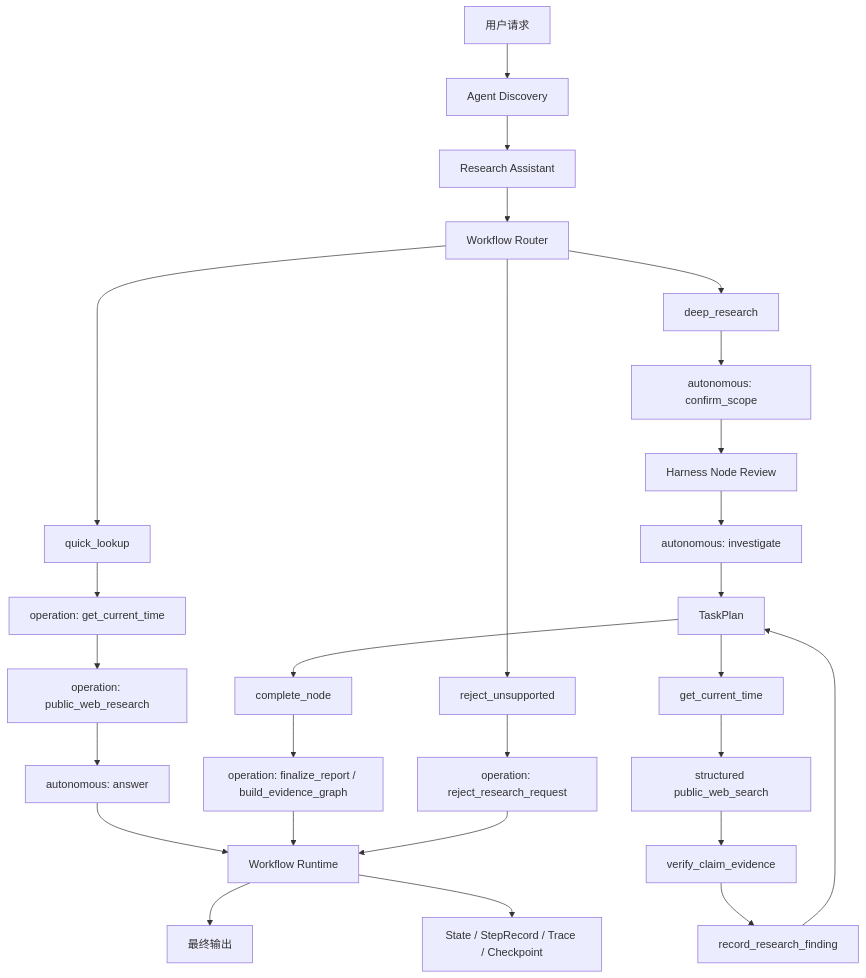
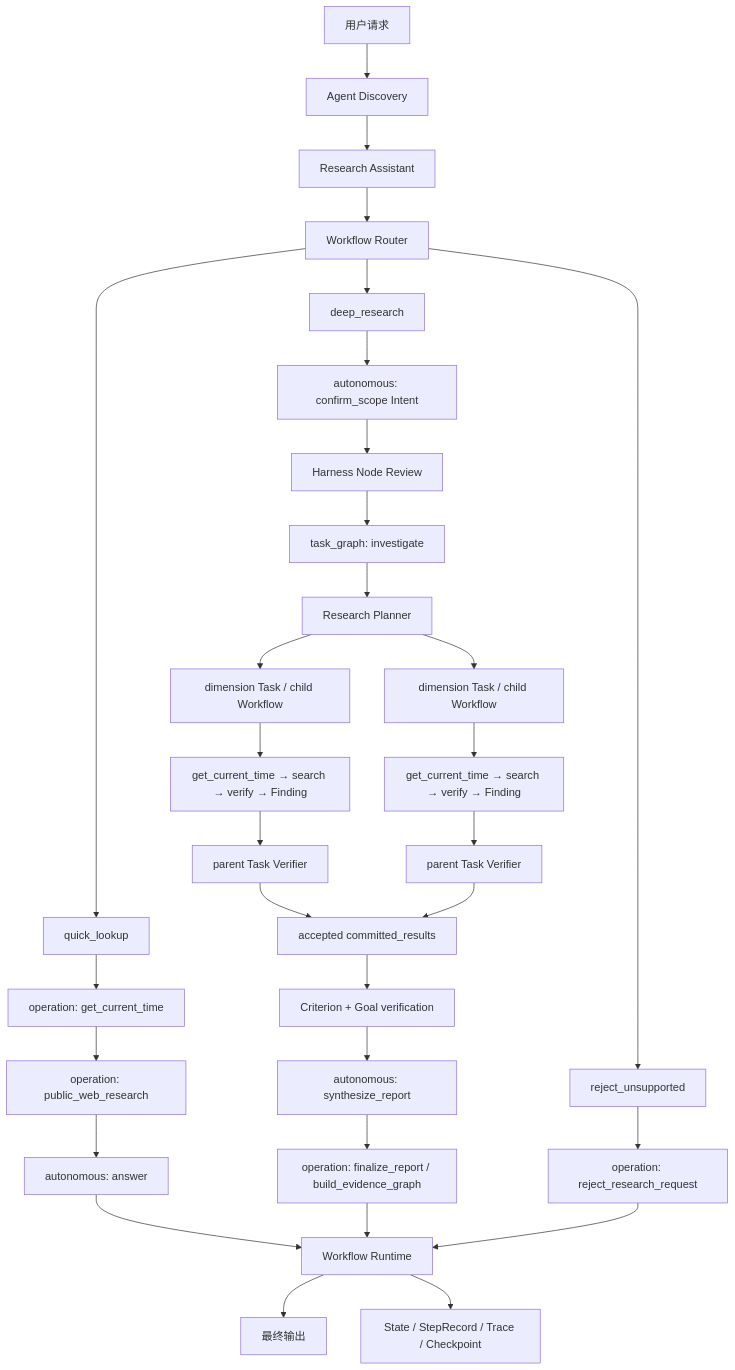
Before and after one commit to GaussRieman/modi-harness: the first of 2 diagrams in docs/architecture/research-assistant.md, drawn with Mermaid. The commit also changed other lines of this file and 20 other files, not shown here.

Commit message:
feat: execute research through verified task graph children

````diff
--- a/docs/architecture/research-assistant.md
+++ b/docs/architecture/research-assistant.md
@@ -54,34 +55,38 @@
 ```mermaid
 flowchart TD
     U[用户请求] --> D[Agent Discovery]
     D --> A[Research Assistant]
     A --> R[Workflow Router]
 
     R --> Q[quick_lookup]
     R --> X[deep_research]
     R --> J[reject_unsupported]
 
     Q --> QT[operation: get_current_time]
     QT --> Q1[operation: public_web_research]
     Q1 --> Q2[autonomous: answer]
 
-    X --> X1[autonomous: confirm_scope]
+    X --> X1[autonomous: confirm_scope Intent]
     X1 --> H[Harness Node Review]
-    H --> X2[autonomous: investigate]
-    X2 --> P[TaskPlan]
-    P --> N[get_current_time]
-    N --> S[structured public_web_search]
-    S --> V[verify_claim_evidence]
-    V --> F[record_research_finding]
-    F --> P
-    P --> C[complete_node]
+    H --> X2[task_graph: investigate]
+    X2 --> P[Research Planner]
+    P --> D1[dimension Task / child Workflow]
+    P --> D2[dimension Task / child Workflow]
+    D1 --> N1[get_current_time → search → verify → Finding]
+    D2 --> N2[get_current_time → search → verify → Finding]
+    N1 --> A1[parent Task Verifier]
+    N2 --> A2[parent Task Verifier]
+    A1 --> CR[accepted committed_results]
+    A2 --> CR
+    CR --> G[Criterion + Goal verification]
+    G --> C[autonomous: synthesize_report]
     C --> Z[operation: finalize_report / build_evidence_graph]
 
     J --> J1[operation: reject_research_request]
 
     Q2 --> WR[Workflow Runtime]
     Z --> WR
     J1 --> WR
     WR --> O[最终输出]
     WR --> T[State / StepRecord / Trace / Checkpoint]
 ```
````
